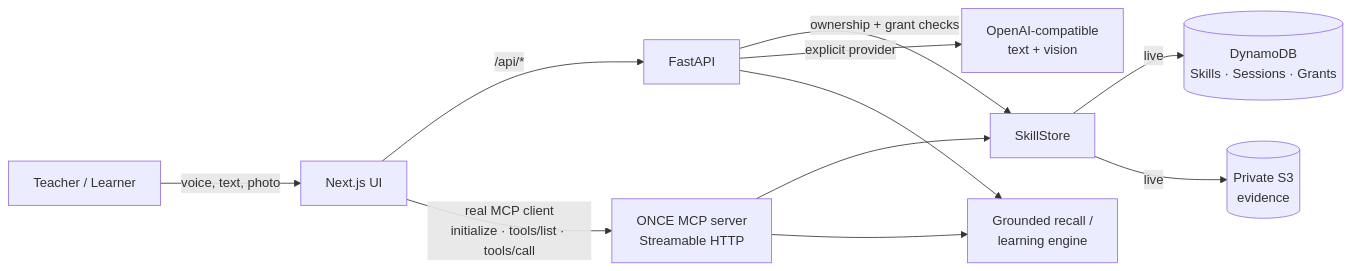
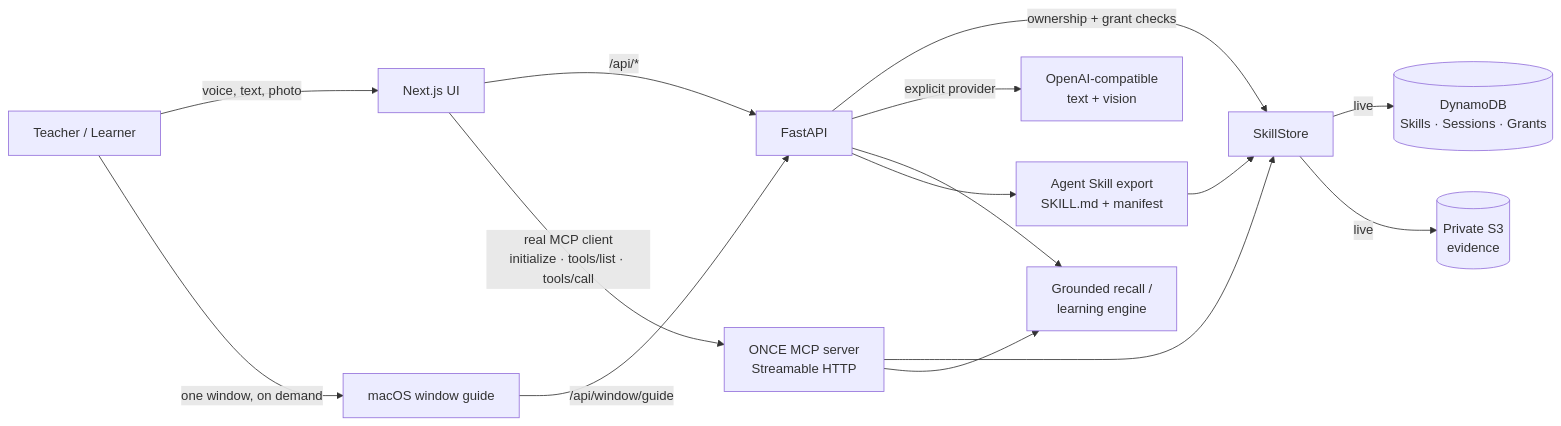
Before and after one commit to khushi-infinity/once: the diagram in SUBMISSION.md, drawn with Mermaid. The commit also changed other lines of this file and 48 other files, not shown here.

Commit message:
Add agent skill export, macOS window guide, OpenRouter inference, and deployment

````diff
--- a/SUBMISSION.md
+++ b/SUBMISSION.md
@@ -118,13 +130,17 @@
 ```mermaid
 flowchart LR
   U[Teacher / Learner] -->|voice, text, photo| FE[Next.js UI]
+  U -->|one window, on demand| MAC[macOS window guide]
+  MAC -->|/api/window/guide| API
   FE -->|/api/*| API[FastAPI]
   API -->|ownership + grant checks| STORE[SkillStore]
   STORE -->|live| DDB[(DynamoDB\nSkills · Sessions · Grants)]
   STORE -->|live| S3[(Private S3\nevidence)]
   API -->|explicit provider| LLM[OpenAI-compatible\ntext + vision]
   FE -->|real MCP client\ninitialize · tools/list · tools/call| MCP[ONCE MCP server\nStreamable HTTP]
   MCP --> STORE
   MCP --> RECALL[Grounded recall /\nlearning engine]
   API --> RECALL
+  API --> EXPORT[Agent Skill export\nSKILL.md + manifest]
+  EXPORT --> STORE
 ```
````
